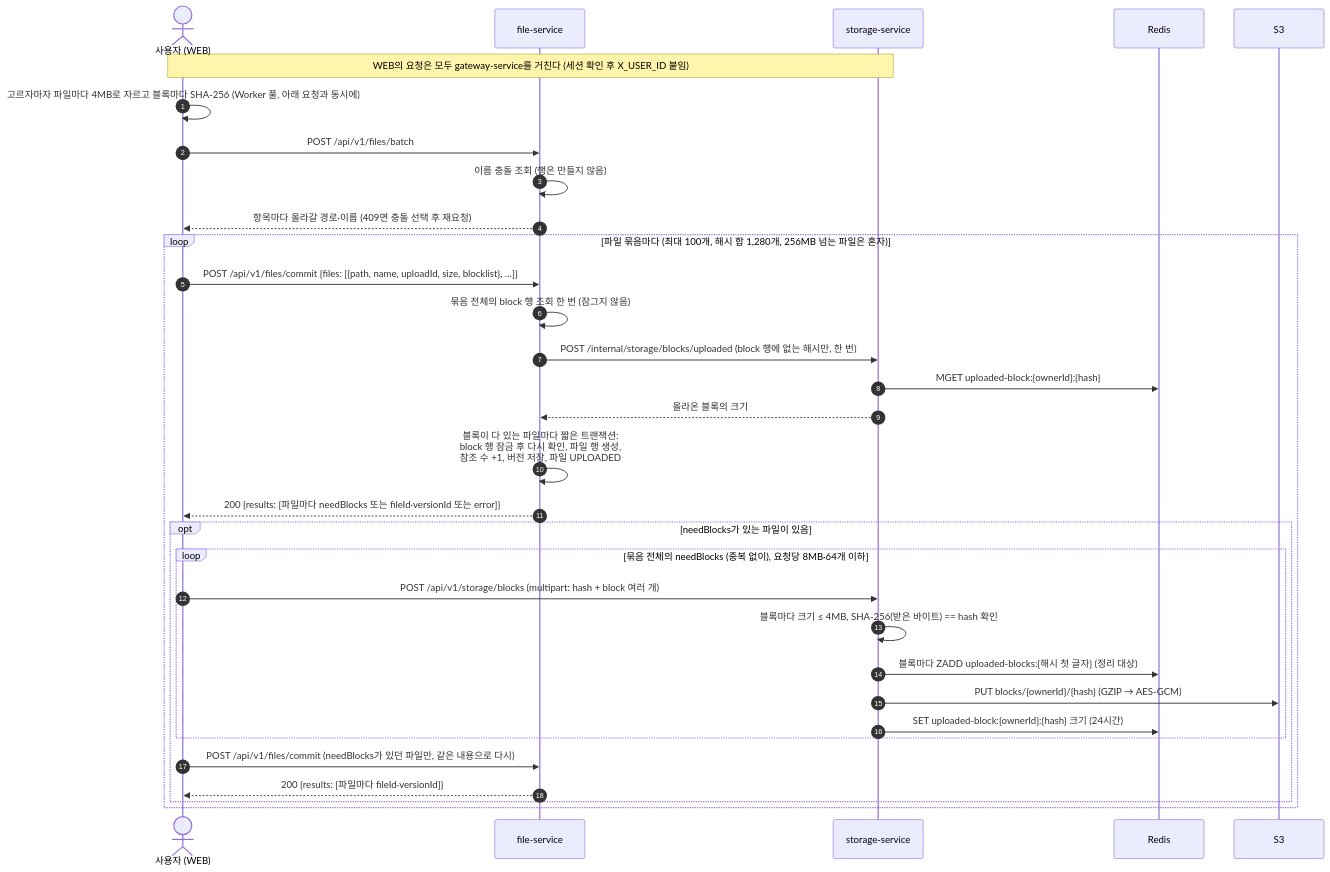
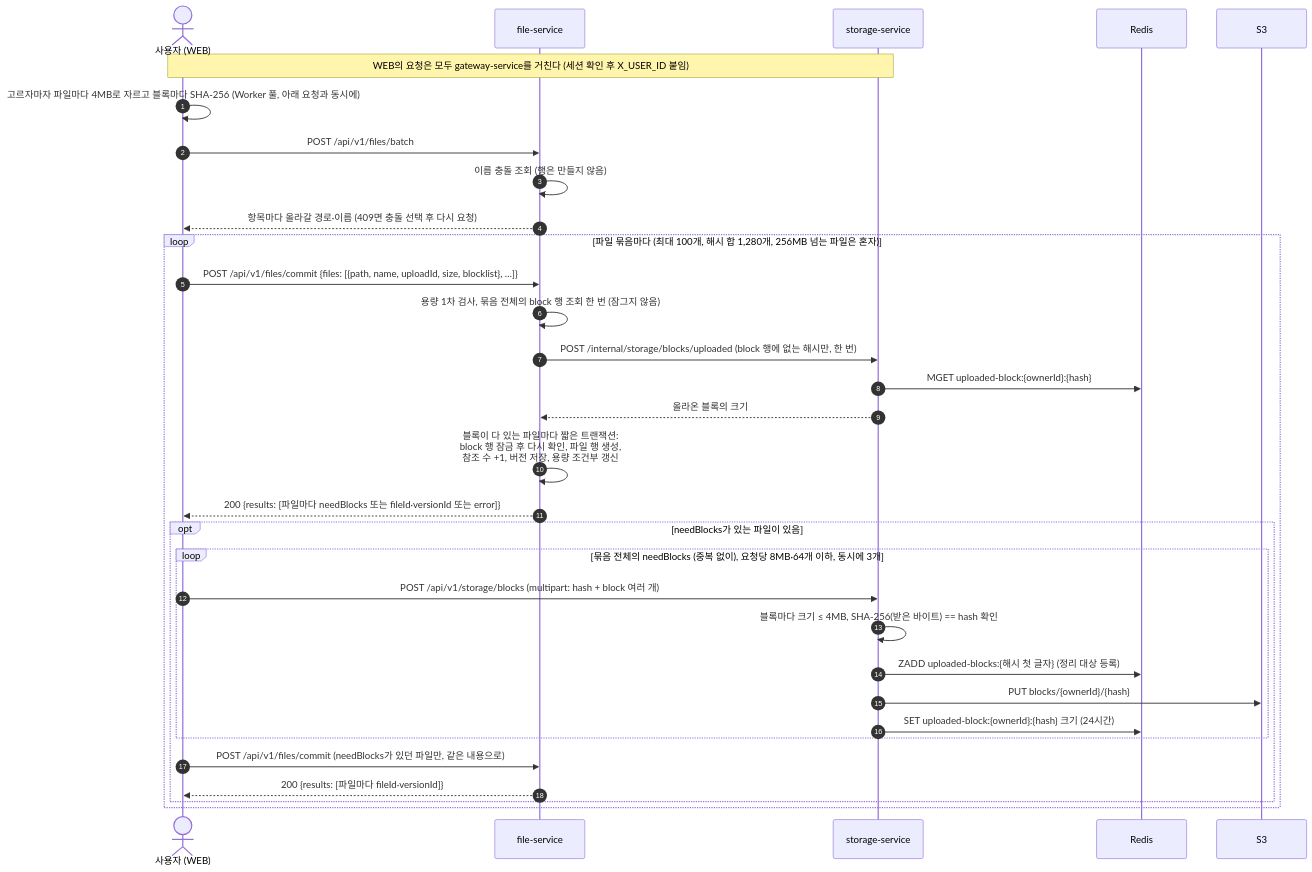
The first of 3 diagrams in .docs/spec/001-file-upload-spec.md (rivertw777/ModuDrive-API), drawn with Mermaid before and after one commit. The commit also changed other lines of this file and 11 other files, not shown here.

````diff
--- a/.docs/spec/001-file-upload-spec.md
+++ b/.docs/spec/001-file-upload-spec.md
@@ -41,37 +47,37 @@
 ```mermaid
 sequenceDiagram
     autonumber
     actor U as 사용자 (WEB)
     participant F as file-service
     participant S as storage-service
     participant R as Redis
     participant S3 as S3
 
     Note over U,S: WEB의 요청은 모두 gateway-service를 거친다 (세션 확인 후 X_USER_ID 붙임)
     U->>U: 고르자마자 파일마다 4MB로 자르고 블록마다 SHA-256 (Worker 풀, 아래 요청과 동시에)
     U->>F: POST /api/v1/files/batch
     F->>F: 이름 충돌 조회 (행은 만들지 않음)
-    F-->>U: 항목마다 올라갈 경로·이름 (409면 충돌 선택 후 재요청)
+    F-->>U: 항목마다 올라갈 경로·이름 (409면 충돌 선택 후 다시 요청)
 
     loop 파일 묶음마다 (최대 100개, 해시 합 1,280개, 256MB 넘는 파일은 혼자)
         U->>F: POST /api/v1/files/commit {files: [{path, name, uploadId, size, blocklist}, …]}
-        F->>F: 묶음 전체의 block 행 조회 한 번 (잠그지 않음)
+        F->>F: 용량 1차 검사, 묶음 전체의 block 행 조회 한 번 (잠그지 않음)
         F->>S: POST /internal/storage/blocks/uploaded (block 행에 없는 해시만, 한 번)
         S->>R: MGET uploaded-block:{ownerId}:{hash}
         S-->>F: 올라온 블록의 크기
-        F->>F: 블록이 다 있는 파일마다 짧은 트랜잭션:<br/>block 행 잠금 후 다시 확인, 파일 행 생성,<br/>참조 수 +1, 버전 저장, 파일 UPLOADED
+        F->>F: 블록이 다 있는 파일마다 짧은 트랜잭션:<br/>block 행 잠금 후 다시 확인, 파일 행 생성,<br/>참조 수 +1, 버전 저장, 용량 조건부 갱신
         F-->>U: 200 {results: [파일마다 needBlocks 또는 fileId·versionId 또는 error]}
 
         opt needBlocks가 있는 파일이 있음
-            loop 묶음 전체의 needBlocks (중복 없이), 요청당 8MB·64개 이하
+            loop 묶음 전체의 needBlocks (중복 없이), 요청당 8MB·64개 이하, 동시에 3개
                 U->>S: POST /api/v1/storage/blocks (multipart: hash + block 여러 개)
                 S->>S: 블록마다 크기 ≤ 4MB, SHA-256(받은 바이트) == hash 확인
-                S->>R: 블록마다 ZADD uploaded-blocks:{해시 첫 글자} (정리 대상)
-                S->>S3: PUT blocks/{ownerId}/{hash} (GZIP → AES-GCM)
+                S->>R: ZADD uploaded-blocks:{해시 첫 글자} (정리 대상 등록)
+                S->>S3: PUT blocks/{ownerId}/{hash}
                 S->>R: SET uploaded-block:{ownerId}:{hash} 크기 (24시간)
             end
-            U->>F: POST /api/v1/files/commit (needBlocks가 있던 파일만, 같은 내용으로 다시)
+            U->>F: POST /api/v1/files/commit (needBlocks가 있던 파일만, 같은 내용으로)
             F-->>U: 200 {results: [파일마다 fileId·versionId]}
         end
     end
 ```
````
